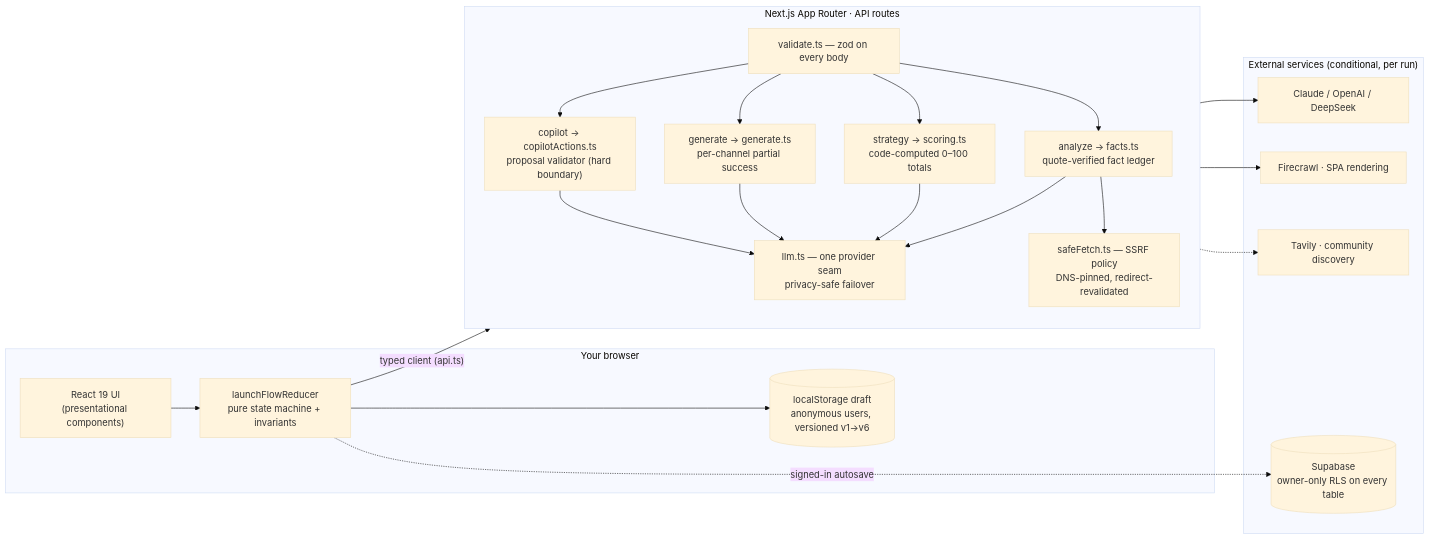
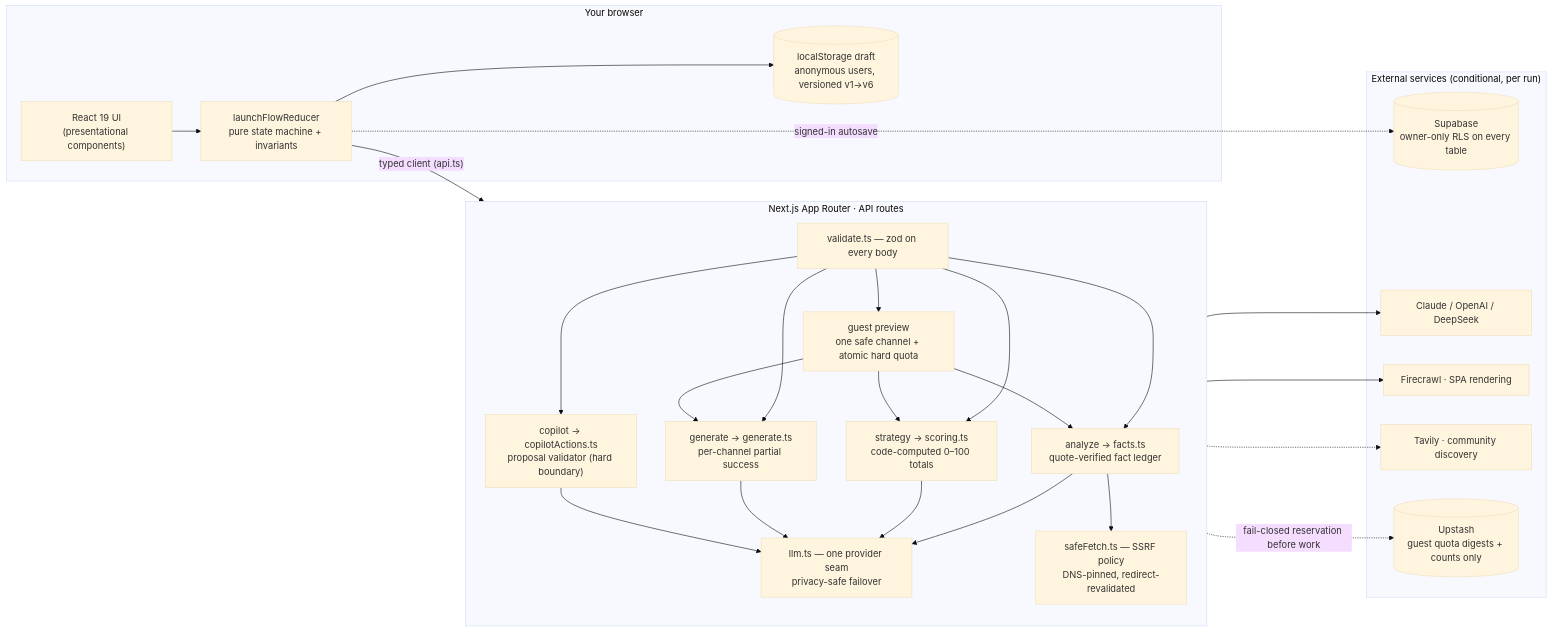
Before and after one commit to zhengbrody/PostBeacon: the first of 2 diagrams in README.md, drawn with Mermaid (base theme). The commit also changed other lines of this file and 42 other files, not shown here.

````diff
--- a/README.md
+++ b/README.md
@@ -71,36 +72,40 @@
 ```mermaid
 flowchart LR
     subgraph client["Your browser"]
         UI["React 19 UI<br/>(presentational components)"]
         SM["launchFlowReducer<br/>pure state machine + invariants"]
         LS[("localStorage draft<br/>anonymous users, versioned v1→v6")]
         UI --> SM --> LS
     end
 
     subgraph server["Next.js App Router · API routes"]
         direction TB
         VAL["validate.ts — zod on every body"]
         AN["analyze → facts.ts<br/>quote-verified fact ledger"]
         ST["strategy → scoring.ts<br/>code-computed 0–100 totals"]
         GE["generate → generate.ts<br/>per-channel partial success"]
+        GP["guest preview<br/>one safe channel + atomic hard quota"]
         CO["copilot → copilotActions.ts<br/>proposal validator (hard boundary)"]
         LLM["llm.ts — one provider seam<br/>privacy-safe failover"]
         SF["safeFetch.ts — SSRF policy<br/>DNS-pinned, redirect-revalidated"]
-        VAL --> AN & ST & GE & CO
+        VAL --> AN & ST & GE & CO & GP
+        GP --> AN & ST & GE
         AN & ST & GE & CO --> LLM
         AN --> SF
     end
 
     subgraph vendors["External services (conditional, per run)"]
         P["Claude / OpenAI / DeepSeek"]
         FC["Firecrawl · SPA rendering"]
         TV["Tavily · community discovery"]
         SB[("Supabase<br/>owner-only RLS on every table")]
+        RS[("Upstash<br/>guest quota digests + counts only")]
     end
 
     SM -->|"typed client (api.ts)"| VAL
     LLM --> P
     SF --> FC
     ST -.-> TV
     SM -.->|"signed-in autosave"| SB
+    GP -.->|"fail-closed reservation before work"| RS
 ```
````
